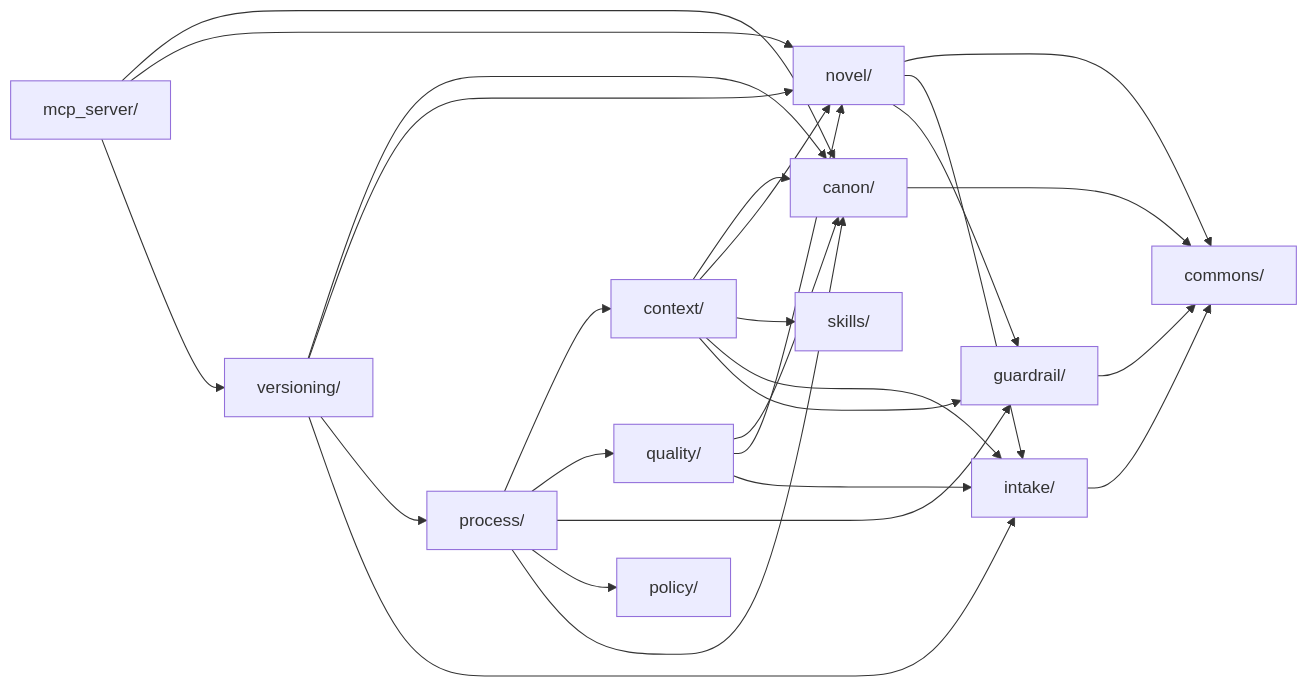
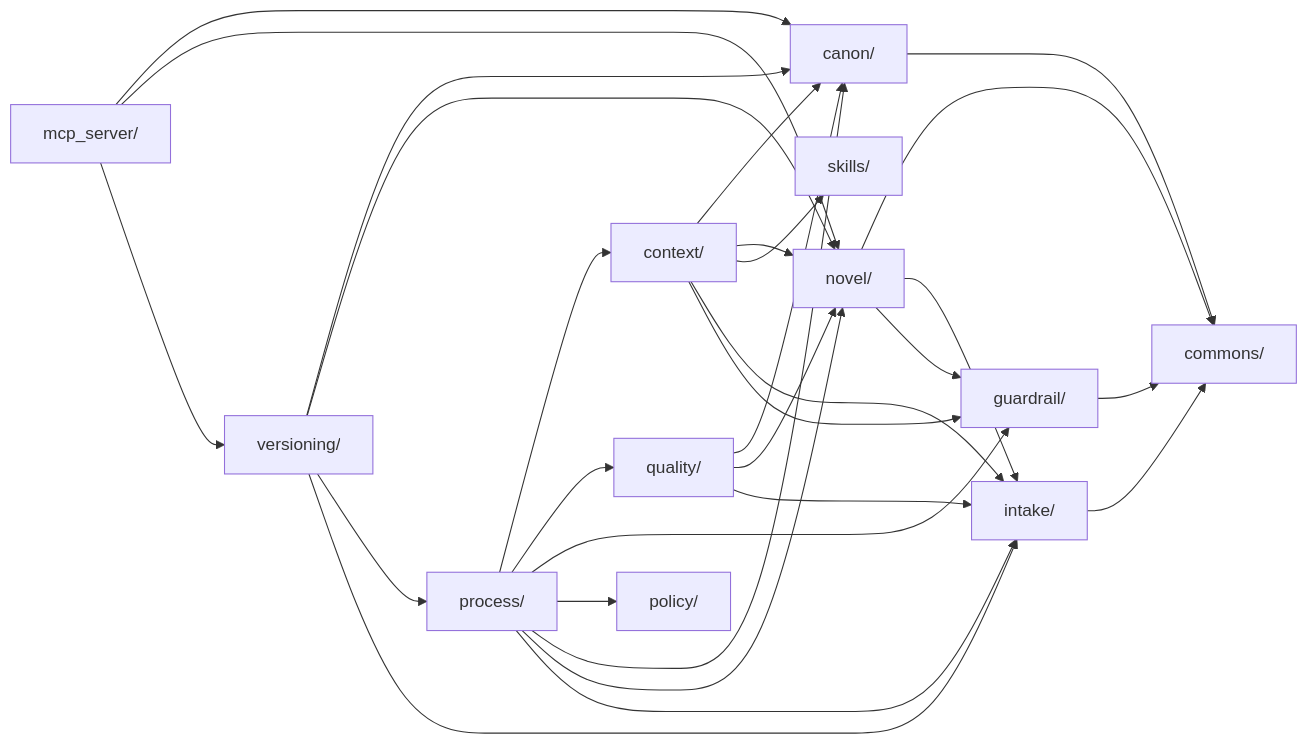
One commit to BrunoCrz3/MyStory changed the second of 10 diagrams in docs/architecture.md. Above: the diagram before and after it, drawn with Mermaid. The commit also changed other lines of this file and 13 other files, not shown here.

````diff
--- a/docs/architecture.md
+++ b/docs/architecture.md
@@ -171,29 +171,31 @@
 ```mermaid
 flowchart LR
   INT[intake/] --> CMN[commons/]
   NOV[novel/] --> CMN
   CAN[canon/] --> CMN
   CTX[context/] --> CAN
   CTX --> NOV
   CTX --> SKL[skills/]
   QUA[quality/] --> CAN
   QUA --> NOV
   GRD[guardrail/] --> CMN
   PRO[process/] --> CTX
   PRO --> QUA
   PRO --> GRD
   PRO --> POL[policy/]
   PRO --> CAN
   VER[versioning/] --> CAN
   VER --> NOV
   VER --> PRO
   MCP[mcp_server/] --> CAN
   MCP --> NOV
   MCP --> VER
   NOV --> INT
   NOV --> GRD
   CTX --> INT
   CTX --> GRD
   QUA --> INT
   VER --> INT
+  PRO --> NOV
+  PRO --> INT
 ```
````
